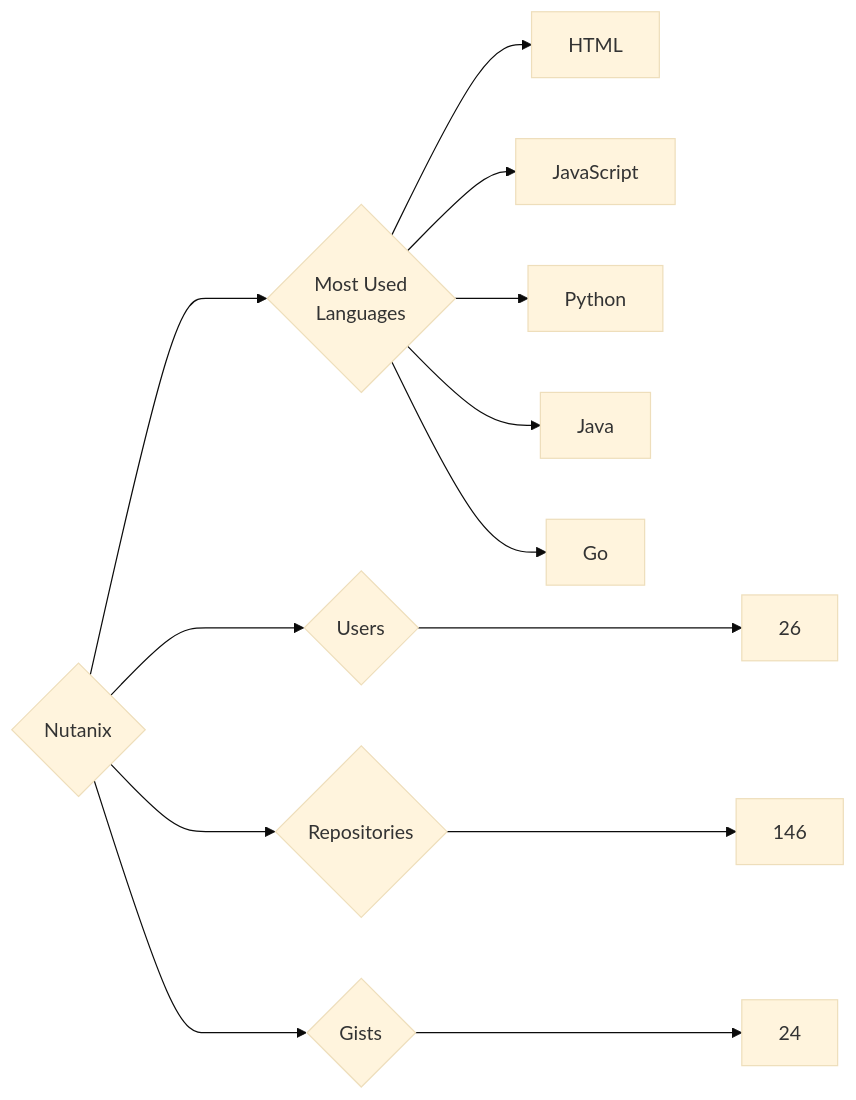
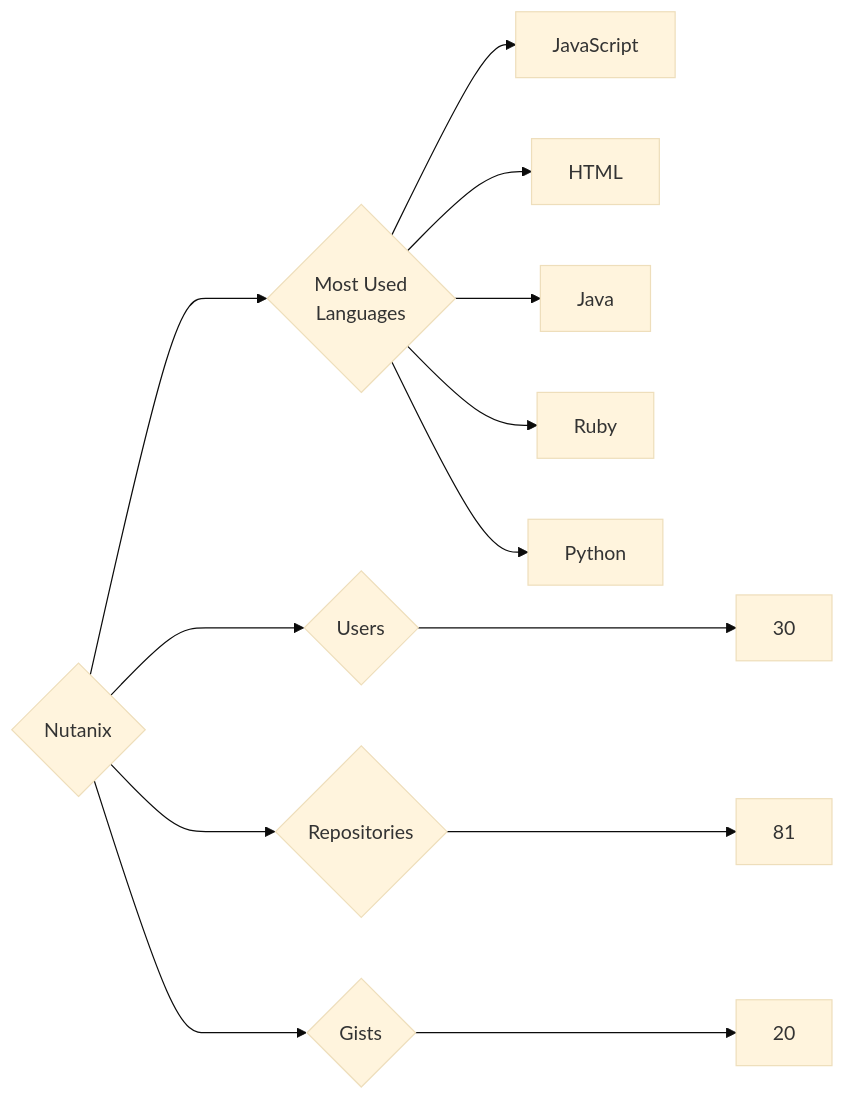
One commit to trickest/insiders changed the diagram in targets/Nutanix/README.md. Above: the diagram before and after it, drawn with Mermaid (base theme). The commit also changed 965 other files, not shown here.

````diff
--- a/targets/Nutanix/README.md
+++ b/targets/Nutanix/README.md
@@ -3,13 +3,13 @@
 ```mermaid
 graph LR
 COMPANY_NAME{Nutanix}
-COMPANY_NAME ---> U{Users} ---> UN[26]
-COMPANY_NAME ---> R{Repositories} ---> RN[146]
-COMPANY_NAME ---> G{Gists} ---> GN[24]
+COMPANY_NAME ---> U{Users} ---> UN[30]
+COMPANY_NAME ---> R{Repositories} ---> RN[81]
+COMPANY_NAME ---> G{Gists} ---> GN[20]
 COMPANY_NAME ---> ML{Most Used<br>Languages}
+ML --> JavaScript[JavaScript]
 ML --> HTML[HTML]
-ML --> JavaScript[JavaScript]
+ML --> Java[Java]
+ML --> Ruby[Ruby]
 ML --> Python[Python]
-ML --> Java[Java]
-ML --> Go[Go]
 ```
````
